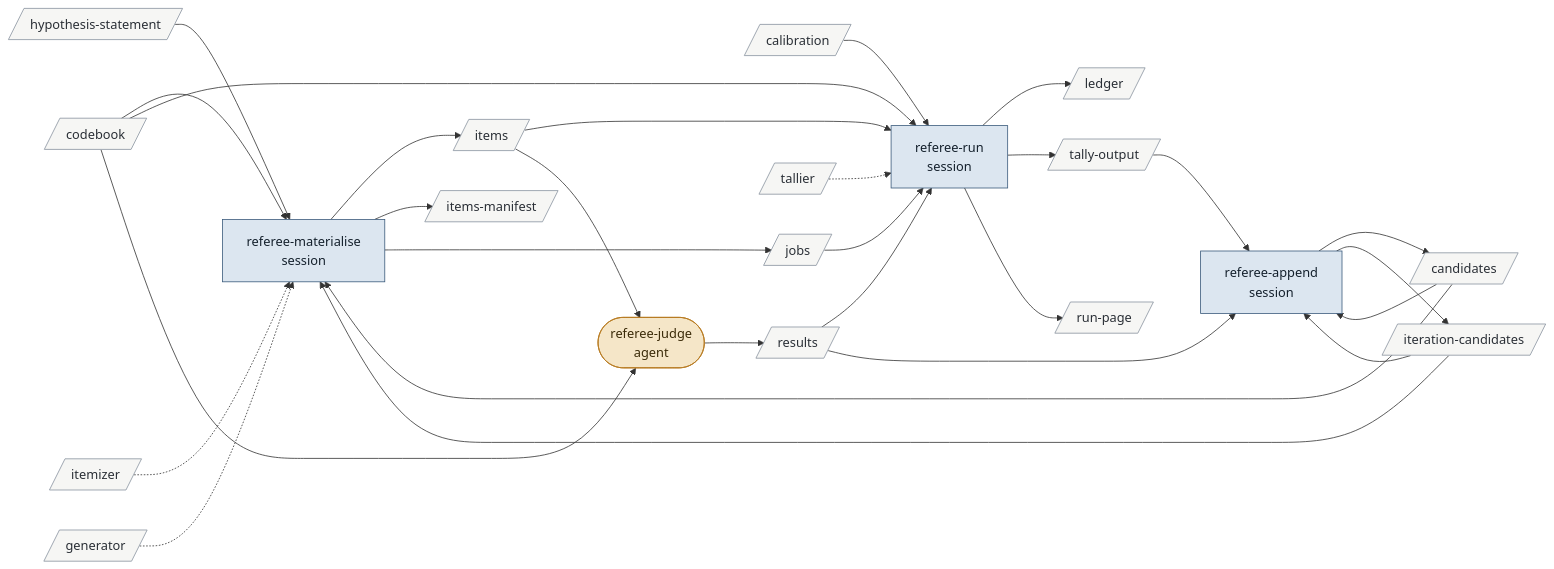
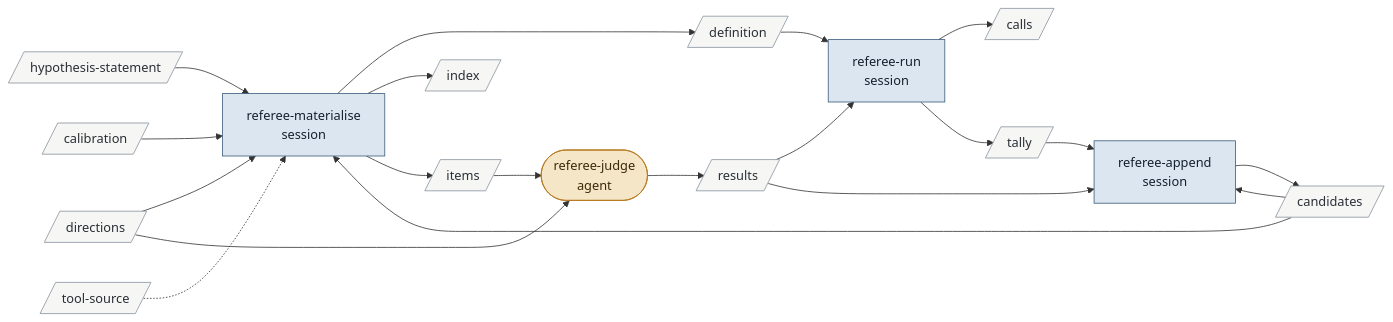
One commit to bc414/StoryPlanner changed the sixth of 15 diagrams in .claude/skills/v3-buildout-2/map.md. Above: the diagram before and after it, drawn with Mermaid. The commit also changed other lines of this file and 29 other files, not shown here.

````diff
--- a/.claude/skills/v3-buildout-2/map.md
+++ b/.claude/skills/v3-buildout-2/map.md
@@ -189,56 +188,44 @@
 ```mermaid
 flowchart LR
   classDef hitl fill:#e9d8e4,stroke:#7a3e6d,color:#2b1a27
   classDef session fill:#dce6f0,stroke:#3b5b7c,color:#14202c
   classDef agent fill:#f5e6c8,stroke:#b7791f,color:#3a2a08
   classDef artifact fill:#f6f6f4,stroke:#8a94a0,color:#2a2f36
   classDef activity fill:#dcebdd,stroke:#4b7f52,color:#122816
   classDef terminus fill:#e4e4ea,stroke:#5b5b7a,color:#1c1c2c
   refereematerialise["referee-materialise<br/>session"]:::session
   refereerun["referee-run<br/>session"]:::session
   refereejudge(["referee-judge<br/>agent"]):::agent
   refereeappend["referee-append<br/>session"]:::session
   calibration[/"calibration"/]:::artifact
+  calls[/"calls"/]:::artifact
   candidates[/"candidates"/]:::artifact
-  codebook[/"codebook"/]:::artifact
-  generator[/"generator"/]:::artifact
+  definition[/"definition"/]:::artifact
+  directions[/"directions"/]:::artifact
   hypothesisstatement[/"hypothesis-statement"/]:::artifact
-  itemizer[/"itemizer"/]:::artifact
+  index[/"index"/]:::artifact
   items[/"items"/]:::artifact
-  itemsmanifest[/"items-manifest"/]:::artifact
-  iterationcandidates[/"iteration-candidates"/]:::artifact
-  jobs[/"jobs"/]:::artifact
-  ledger[/"ledger"/]:::artifact
   results[/"results"/]:::artifact
-  runpage[/"run-page"/]:::artifact
-  tallier[/"tallier"/]:::artifact
-  tallyoutput[/"tally-output"/]:::artifact
+  tally[/"tally"/]:::artifact
+  toolsource[/"tool-source"/]:::artifact
 
   hypothesisstatement --> refereematerialise
   candidates --> refereematerialise
-  iterationcandidates --> refereematerialise
-  codebook --> refereematerialise
-  itemizer -.-> refereematerialise
-  generator -.-> refereematerialise
+  directions --> refereematerialise
+  calibration --> refereematerialise
+  toolsource -.-> refereematerialise
+  refereematerialise --> definition
+  refereematerialise --> index
   refereematerialise --> items
-  refereematerialise --> itemsmanifest
-  refereematerialise --> jobs
-  jobs --> refereerun
-  codebook --> refereerun
-  calibration --> refereerun
-  items --> refereerun
+  definition --> refereerun
   results --> refereerun
-  tallier -.-> refereerun
-  refereerun --> ledger
-  refereerun --> tallyoutput
-  refereerun --> runpage
-  codebook --> refereejudge
+  refereerun --> calls
+  refereerun --> tally
+  directions --> refereejudge
   items --> refereejudge
   refereejudge --> results
   results --> refereeappend
-  tallyoutput --> refereeappend
+  tally --> refereeappend
   candidates --> refereeappend
-  iterationcandidates --> refereeappend
   refereeappend --> candidates
-  refereeappend --> iterationcandidates
 ```
````
